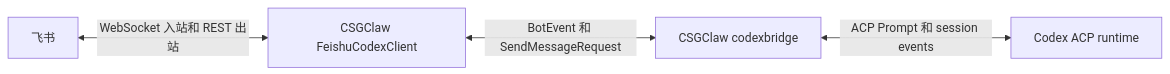
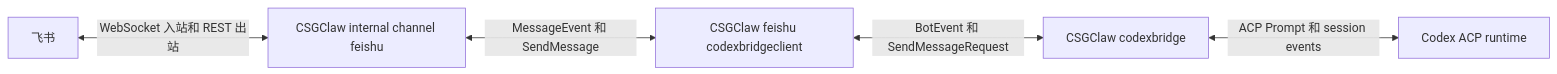
Before and after one commit to GatewayJ/csgclaw: the sixth of 12 diagrams in docs/channel/codex-feishu.zh.md, drawn with Mermaid. The commit also changed other lines of this file, not shown here.

Commit message:
docs: align codex feishu bridge boundaries

````diff
--- a/docs/channel/codex-feishu.zh.md
+++ b/docs/channel/codex-feishu.zh.md
@@ -148,11 +148,13 @@
 ```mermaid
 flowchart LR
     Feishu[飞书]
-    FeishuClient[CSGClaw FeishuCodexClient]
+    FeishuService[CSGClaw internal channel feishu]
+    FeishuAdapter[CSGClaw feishu codexbridgeclient]
     CodexBridge[CSGClaw codexbridge]
     CodexRuntime[Codex ACP runtime]
 
-    Feishu <-->|WebSocket 入站和 REST 出站| FeishuClient
-    FeishuClient <-->|BotEvent 和 SendMessageRequest| CodexBridge
+    Feishu <-->|WebSocket 入站和 REST 出站| FeishuService
+    FeishuService <-->|MessageEvent 和 SendMessage| FeishuAdapter
+    FeishuAdapter <-->|BotEvent 和 SendMessageRequest| CodexBridge
     CodexBridge <-->|ACP Prompt 和 session events| CodexRuntime
 ```
````
